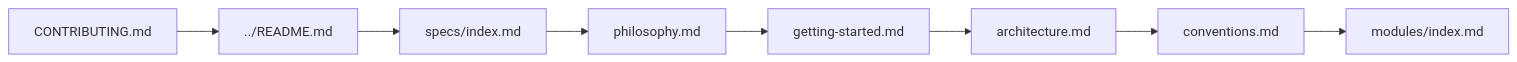
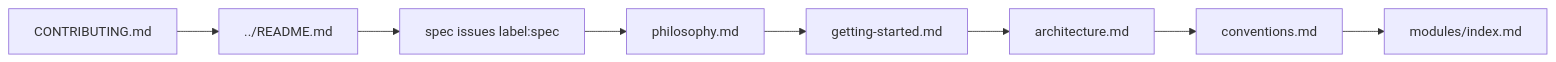
The first of 3 diagrams in docs/index.md (reasvyn/internara), drawn with Mermaid before and after one commit. The commit also changed 14 other files, not shown here.

Commit message:
docs(specs): remove remaining docs/specs references and retire local spec convention check

````diff
--- a/docs/index.md
+++ b/docs/index.md
@@ -148,11 +148,11 @@
 ```mermaid
 flowchart LR
     A[CONTRIBUTING.md] --> B[../README.md]
-    B --> C[specs/index.md]
+    B --> C[spec issues label:spec]
     C --> D[philosophy.md]
     D --> E[getting-started.md]
     E --> F[architecture.md]
     F --> G[conventions.md]
     G --> H[modules/index.md]
 
 ```
````
